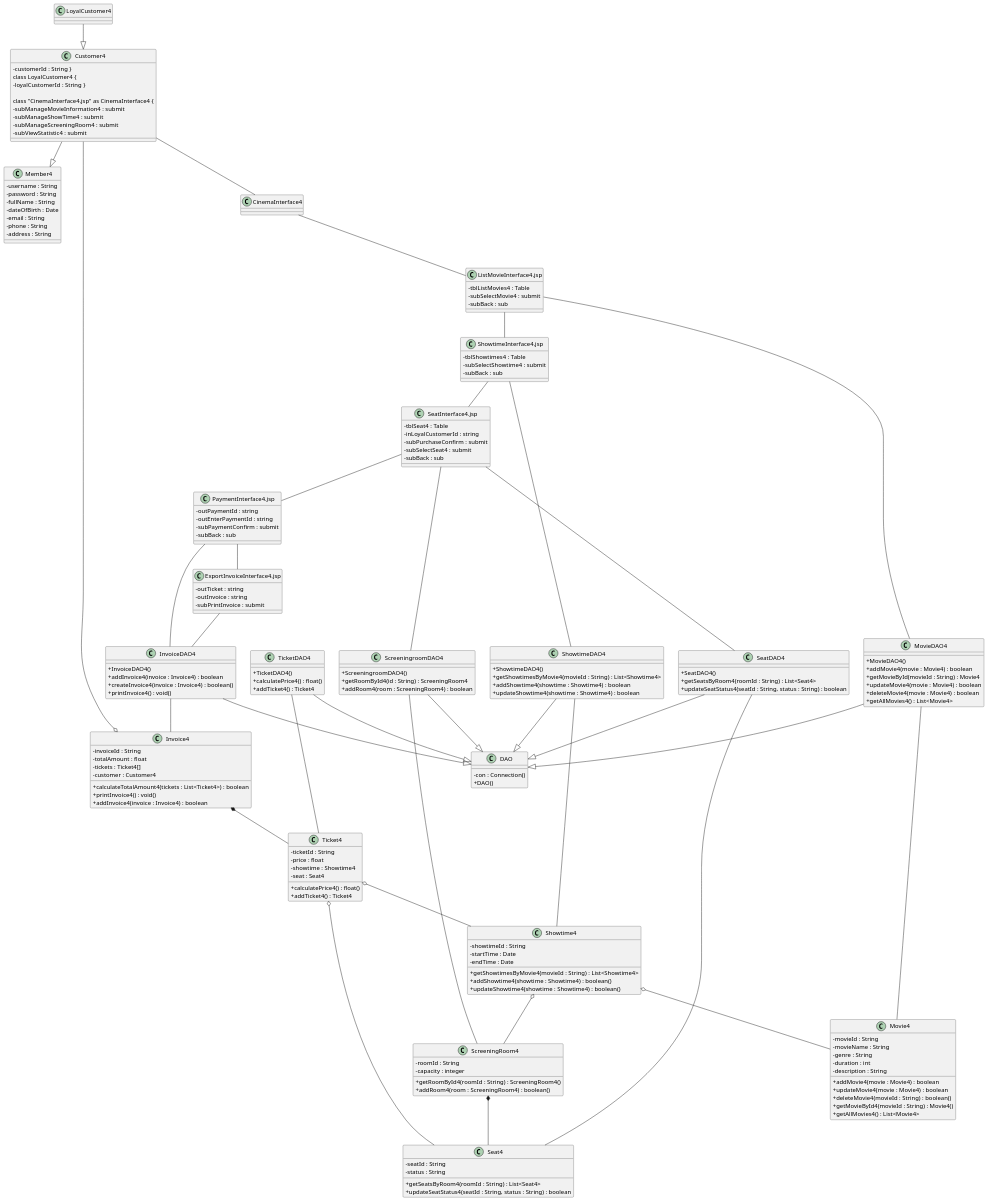
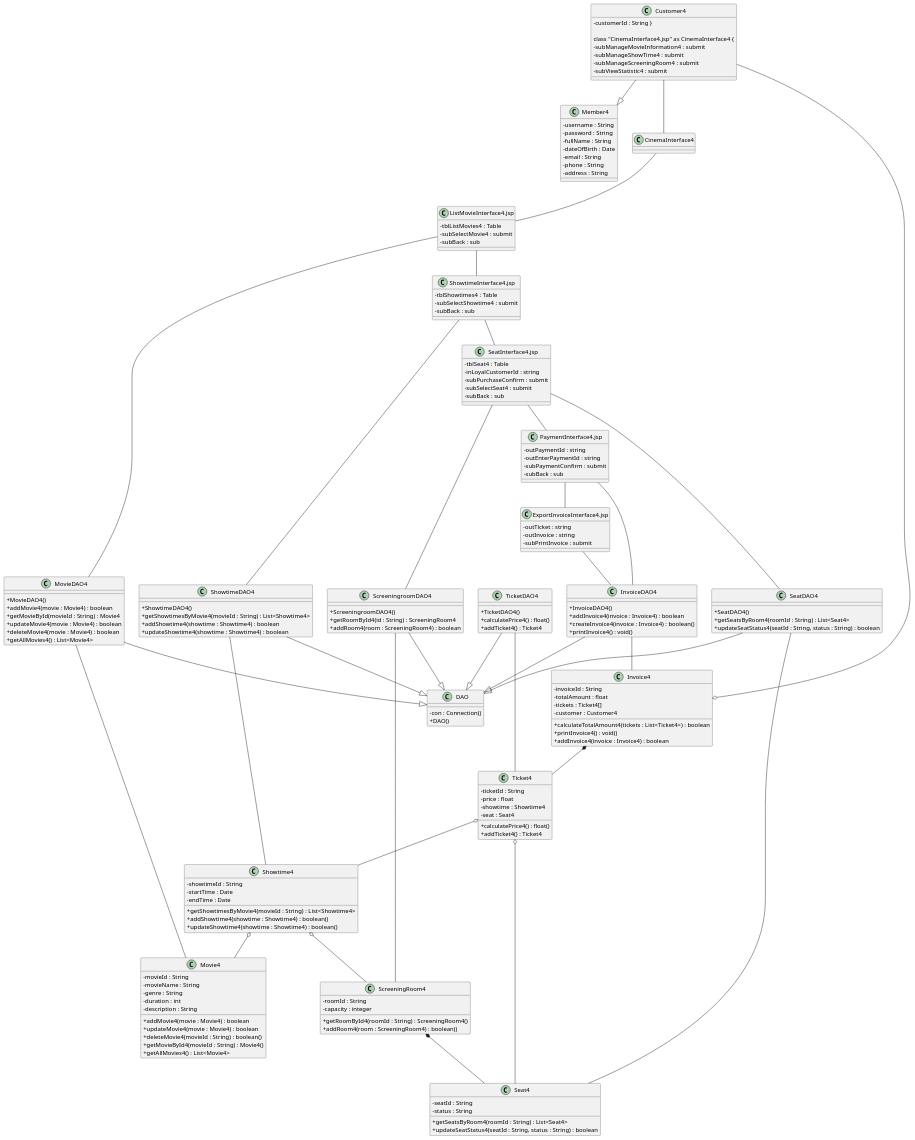
Before and after one commit to hnam584/CineMan_13: the diagram in PTTK/sodolop2.puml, drawn with PlantUML. The commit also changed 40 other files, not shown here.

```diff
--- a/PTTK/sodolop2.puml
+++ b/PTTK/sodolop2.puml
@@ -1,181 +1,178 @@
 @startuml
 skinparam classAttributeIconSize 0
 
 class Member4 {
   -username : String
   -password : String
   -fullName : String
   -dateOfBirth : Date
   -email : String
   -phone : String
   -address : String
 }
 class Customer4 {
      -customerId : String }
-class LoyalCustomer4 {
- -loyalCustomerId : String }
 
 class "CinemaInterface4.jsp" as CinemaInterface4 {
   -subManageMovieInformation4 : submit
   -subManageShowTime4 : submit
   -subManageScreeningRoom4 : submit
   -subViewStatistic4 : submit
 }
 class "ListMovieInterface4.jsp" as ListMovieInterface4 {
   -tblListMovies4 : Table
   -subSelectMovie4 : submit
   -subBack : sub
 }
 class "ShowtimeInterface4.jsp" as ShowtimeInterface4 {
   -tblShowtimes4 : Table
   -subSelectShowtime4 : submit
   -subBack : sub
 }
 class "SeatInterface4.jsp" as SeatInterface4 {
   -tblSeat4 : Table
   -inLoyalCustomerId : string
   -subPurchaseConfirm : submit
   -subSelectSeat4 : submit
   -subBack : sub
 }
 class "PaymentInterface4.jsp" as PaymentInterface4 {
   -outPaymentId : string
   -outEnterPaymentId : string
   -subPaymentConfirm : submit
   -subBack : sub
 }
 class "ExportInvoiceInterface4.jsp" as ExportInvoiceInterface4 {
   -outTicket : string
   -outInvoice : string
   -subPrintInvoice : submit
 }
 
 class DAO {
   -con : Connection()
   +DAO()
 }
 class MovieDAO4 {
   +MovieDAO4()
   +addMovie4(movie : Movie4) : boolean
   +getMovieById(movieId : String) : Movie4
   +updateMovie4(movie : Movie4) : boolean
   +deleteMovie4(movie : Movie4) : boolean
   +getAllMovies4() : List<Movie4>
 }
 class ShowtimeDAO4 {
   +ShowtimeDAO4()
   +getShowtimesByMovie4(movieId : String) : List<Showtime4>
   +addShowtime4(showtime : Showtime4) : boolean
   +updateShowtime4(showtime : Showtime4) : boolean
 }
 class ScreeningroomDAO4 {
   +ScreeningroomDAO4()
   +getRoomById4(id : String) : ScreeningRoom4
   +addRoom4(room : ScreeningRoom4) : boolean
 }
 class SeatDAO4 {
   +SeatDAO4()
   +getSeatsByRoom4(roomId : String) : List<Seat4>
   +updateSeatStatus4(seatId : String, status : String) : boolean
 }
 class TicketDAO4 {
   +TicketDAO4()
   +calculatePrice4() : float()
   +addTicket4() : Ticket4
 }
 class InvoiceDAO4 {
   +InvoiceDAO4()
   +addInvoice4(invoice : Invoice4) : boolean
   +createInvoice4(invoice : Invoice4) : boolean()
   +printInvoice4() : void()
 }
 
 class Movie4 {
   -movieId : String
   -movieName : String
   -genre : String
   -duration : int
   -description : String
   +addMovie4(movie : Movie4) : boolean
   +updateMovie4(movie : Movie4) : boolean
   +deleteMovie4(movieId : String) : boolean()
   +getMovieById4(movieId : String) : Movie4()
   +getAllMovies4() : List<Movie4>
 }
 class Showtime4 {
   -showtimeId : String
   -startTime : Date
   -endTime : Date
   +getShowtimesByMovie4(movieId : String) : List<Showtime4>
   +addShowtime4(showtime : Showtime4) : boolean()
   +updateShowtime4(showtime : Showtime4) : boolean()
 }
 class ScreeningRoom4 {
   -roomId : String
   -capacity : integer
   +getRoomById4(roomId : String) : ScreeningRoom4()
   +addRoom4(room : ScreeningRoom4) : boolean()
 }
 class Seat4 {
   -seatId : String
   -status : String
   +getSeatsByRoom4(roomId : String) : List<Seat4>
   +updateSeatStatus4(seatId : String, status : String) : boolean
 }
 class Ticket4 {
   -ticketId : String
   -price : float
   -showtime : Showtime4
   -seat : Seat4
   +calculatePrice4() : float()
   +addTicket4() : Ticket4
 }
 class Invoice4 {
   -invoiceId : String
   -totalAmount : float
   -tickets : Ticket4[]
   -customer : Customer4
   +calculateTotalAmount4(tickets : List<Ticket4>) : boolean
   +printInvoice4() : void()
   +addInvoice4(invoice : Invoice4) : boolean
 }
 
 Customer4 --|> Member4
-LoyalCustomer4 --|> Customer4
 
 MovieDAO4 --|> DAO
 ShowtimeDAO4 --|> DAO
 ScreeningroomDAO4 --|> DAO
 SeatDAO4 --|> DAO
 TicketDAO4 --|> DAO
 InvoiceDAO4 --|> DAO
 
 Customer4 -- CinemaInterface4
 CinemaInterface4 -- ListMovieInterface4
 ListMovieInterface4 -- ShowtimeInterface4
 ShowtimeInterface4 -- SeatInterface4
 SeatInterface4 -- PaymentInterface4
 PaymentInterface4 -- ExportInvoiceInterface4
 
 ListMovieInterface4 -- MovieDAO4
 ShowtimeInterface4 -- ShowtimeDAO4
 SeatInterface4 -- SeatDAO4
 SeatInterface4 -- ScreeningroomDAO4
 PaymentInterface4 -- InvoiceDAO4
 ExportInvoiceInterface4 -- InvoiceDAO4
 
 MovieDAO4 -- Movie4
 ShowtimeDAO4 -- Showtime4
 ScreeningroomDAO4 -- ScreeningRoom4
 SeatDAO4 -- Seat4
 TicketDAO4 -- Ticket4
 InvoiceDAO4 -- Invoice4
 
 Showtime4 o-- Movie4
 Showtime4 o-- ScreeningRoom4
 Ticket4 o-- Showtime4
 Ticket4 o-- Seat4
 ScreeningRoom4 *-- Seat4
 Invoice4 *-- Ticket4
 Invoice4 o-- Customer4
 @enduml
```
